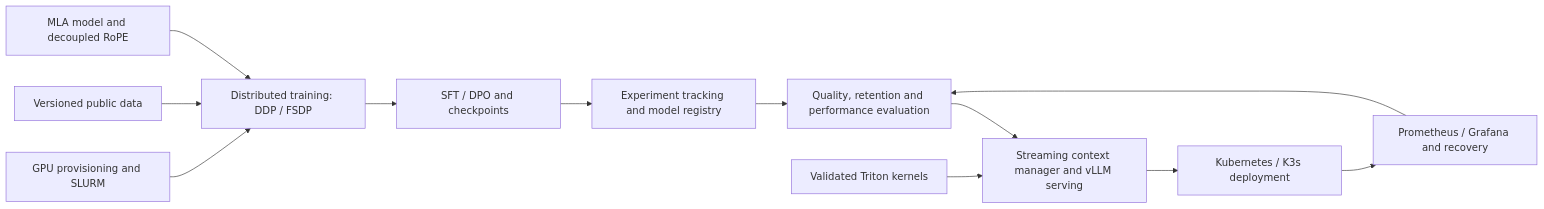
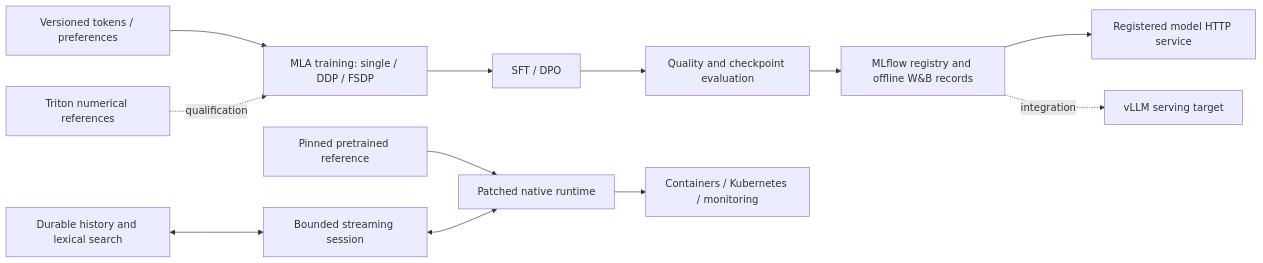
Before and after one commit to lucky-verma/InfiniteContext-1B: the diagram in README.md, drawn with Mermaid. The commit also changed other lines of this file and 107 other files, not shown here.

First line of the commit message:
Implement durable streaming context and validated ML systems paths

````diff
--- a/README.md
+++ b/README.md
@@ -33,14 +96,14 @@
 ```mermaid
 flowchart LR
-    I[GPU provisioning and SLURM] --> T[Distributed training: DDP / FSDP]
-    D[Versioned public data] --> T
-    M[MLA model and decoupled RoPE] --> T
-    T --> A[SFT / DPO and checkpoints]
-    A --> R[Experiment tracking and model registry]
-    R --> E[Quality, retention and performance evaluation]
-    E --> S[Streaming context manager and vLLM serving]
-    K[Validated Triton kernels] --> S
-    S --> O[Kubernetes / K3s deployment]
-    O --> P[Prometheus / Grafana and recovery]
-    P --> E
+    Data[Versioned tokens / preferences] --> Train[MLA training: single / DDP / FSDP]
+    Train --> Align[SFT / DPO]
+    Align --> Eval[Quality and checkpoint evaluation]
+    Eval --> Registry[MLflow registry and offline W&B records]
+    Registry --> ModelHTTP[Registered model HTTP service]
+    Reference[Pinned pretrained reference] --> Runtime[Patched native runtime]
+    History[Durable history and lexical search] <--> Session[Bounded streaming session]
+    Session <--> Runtime
+    Runtime --> Ops[Containers / Kubernetes / monitoring]
+    Kernels[Triton numerical references] -. qualification .-> Train
+    Registry -. integration .-> vLLM[vLLM serving target]
 ```
````
